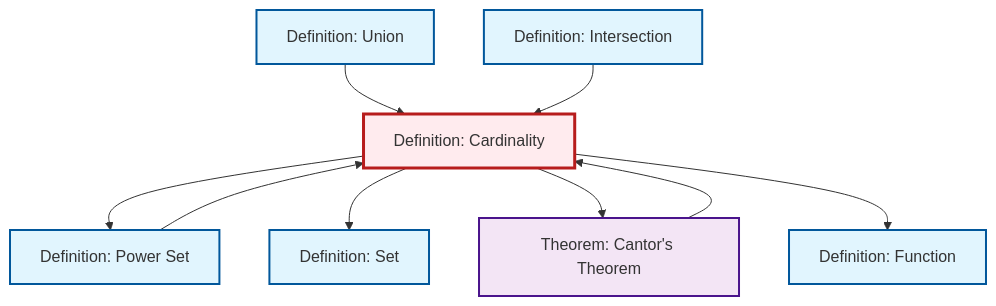
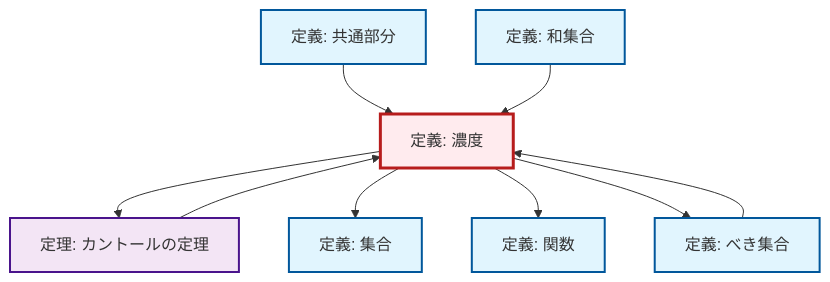
One commit to RK0429/ModernMath changed the diagram in content/ja/logic-set-theory/def-cardinality.qmd. Above: the diagram before and after it, drawn with Mermaid. The commit also changed 1069 other files, not shown here.

````diff
--- a/content/ja/logic-set-theory/def-cardinality.qmd
+++ b/content/ja/logic-set-theory/def-cardinality.qmd
@@ -86,31 +86,31 @@
 ```{mermaid}
 %%| fig-cap: "Local dependency graph"
 graph TD
     classDef definition fill:#e1f5fe,stroke:#01579b,stroke-width:2px
     classDef theorem fill:#f3e5f5,stroke:#4a148c,stroke-width:2px
     classDef axiom fill:#fff3e0,stroke:#e65100,stroke-width:2px
     classDef example fill:#e8f5e9,stroke:#1b5e20,stroke-width:2px
     classDef current fill:#ffebee,stroke:#b71c1c,stroke-width:3px
-    def-set["Definition: Set"]:::definition
-    def-intersection["Definition: Intersection"]:::definition
-    def-cardinality["Definition: Cardinality"]:::definition
-    def-power-set["Definition: Power Set"]:::definition
-    def-union["Definition: Union"]:::definition
-    def-function["Definition: Function"]:::definition
-    thm-cantor["Theorem: Cantor's Theorem"]:::theorem
+    def-union["定義: 和集合"]:::definition
+    def-set["定義: 集合"]:::definition
+    def-function["定義: 関数"]:::definition
+    def-cardinality["定義: 濃度"]:::definition
+    thm-cantor["定理: カントールの定理"]:::theorem
+    def-intersection["定義: 共通部分"]:::definition
+    def-power-set["定義: べき集合"]:::definition
+    thm-cantor --> def-cardinality
+    def-power-set --> def-cardinality
+    def-intersection --> def-cardinality
+    def-union --> def-cardinality
+    def-cardinality --> thm-cantor
+    def-cardinality --> def-set
+    def-cardinality --> def-function
     def-cardinality --> def-power-set
-    def-cardinality --> def-set
-    def-union --> def-cardinality
-    def-intersection --> def-cardinality
-    def-cardinality --> thm-cantor
-    def-power-set --> def-cardinality
-    def-cardinality --> def-function
-    thm-cantor --> def-cardinality
     class def-cardinality current
-    click def-set "def-set.html" "Definition: Setへ"
-    click def-intersection "def-intersection.html" "Definition: Intersectionへ"
-    click def-power-set "def-power-set.html" "Definition: Power Setへ"
-    click def-union "def-union.html" "Definition: Unionへ"
-    click def-function "def-function.html" "Definition: Functionへ"
-    click thm-cantor "thm-cantor.html" "Theorem: Cantor's Theoremへ"
+    click def-union "def-union.html" "和集合の定義へ"
+    click def-set "def-set.html" "集合の定義へ"
+    click def-function "def-function.html" "関数の定義へ"
+    click thm-cantor "thm-cantor.html" "カントールの定理の定理へ"
+    click def-intersection "def-intersection.html" "共通部分の定義へ"
+    click def-power-set "def-power-set.html" "べき集合の定義へ"
 ```
````
